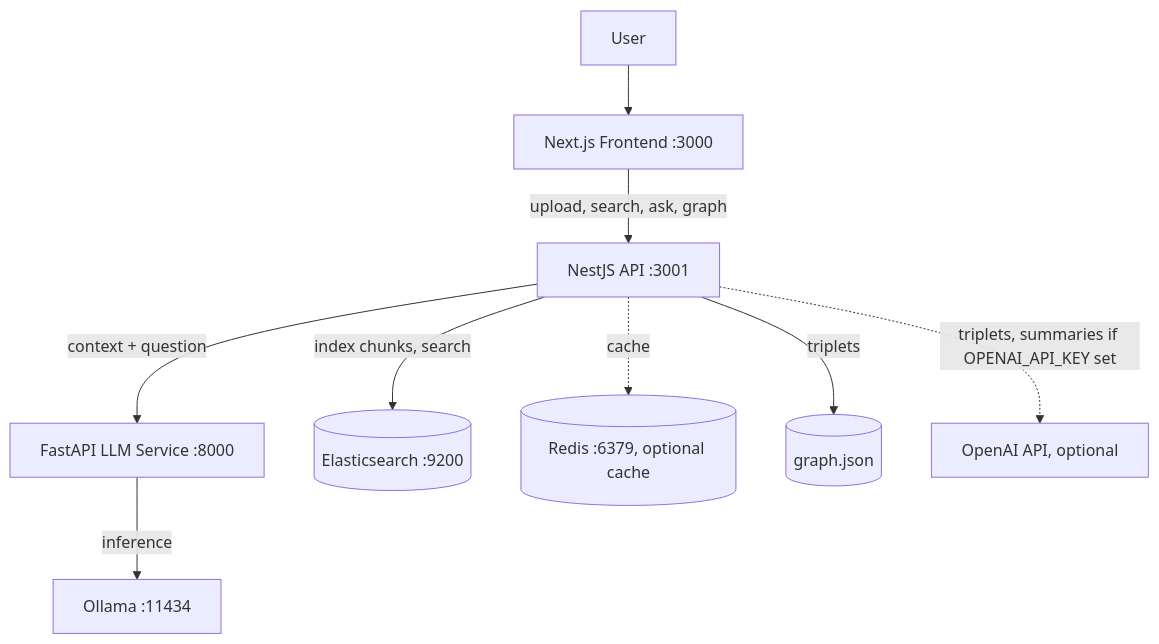
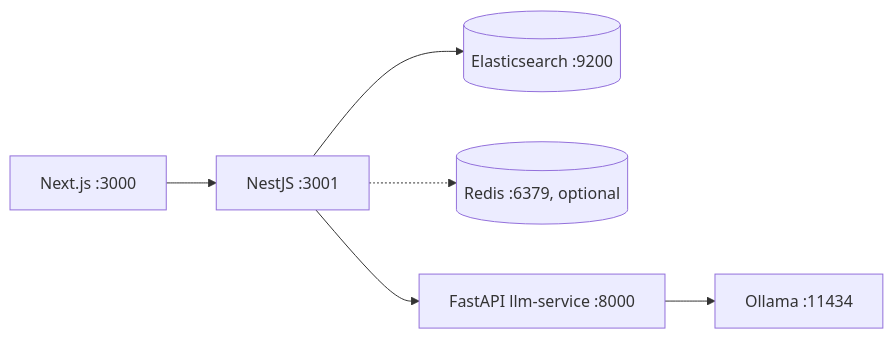
The diagram in README.md (Sodabeh-Taherpanah/insightgraph-platform), drawn with Mermaid before and after one commit. The commit also changed other lines of this file and 5 other files, not shown here.

````diff
--- a/README.md
+++ b/README.md
@@ -37,21 +21,8 @@
 ```mermaid
-graph TB
-  U[User]
-  UI[Next.js Frontend :3000]
-  API[NestJS API :3001]
-  PY[FastAPI LLM Service :8000]
-  ES[(Elasticsearch :9200)]
-  RD[(Redis :6379, optional cache)]
-  G[(graph.json)]
-  OLL[Ollama :11434]
-  OAI[OpenAI API, optional]
-
-  U --> UI
-  UI -->|upload, search, ask, graph| API
-  API -->|index chunks, search| ES
-  API -.->|cache| RD
-  API -->|triplets| G
-  API -->|context + question| PY
-  PY -->|inference| OLL
-  API -.->|triplets, summaries if OPENAI_API_KEY set| OAI
+graph LR
+  UI[Next.js :3000] --> API[NestJS :3001]
+  API --> ES[(Elasticsearch :9200)]
+  API -.-> RD[(Redis :6379, optional)]
+  API --> PY[FastAPI llm-service :8000]
+  PY --> OLL[Ollama :11434]
 ```
````
